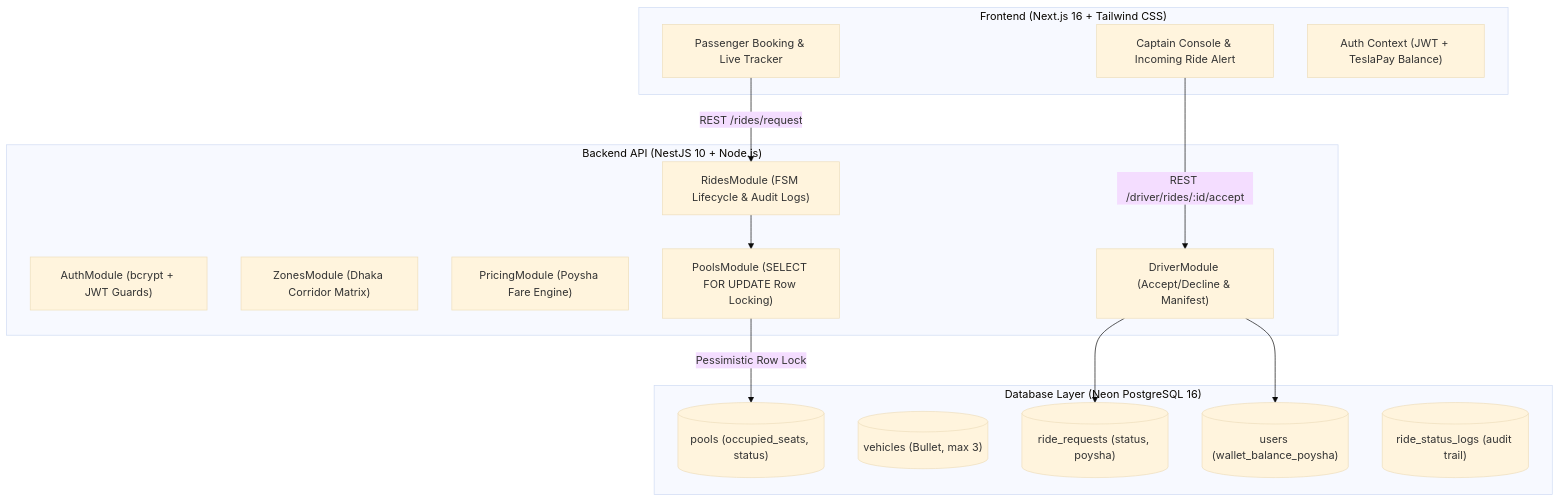
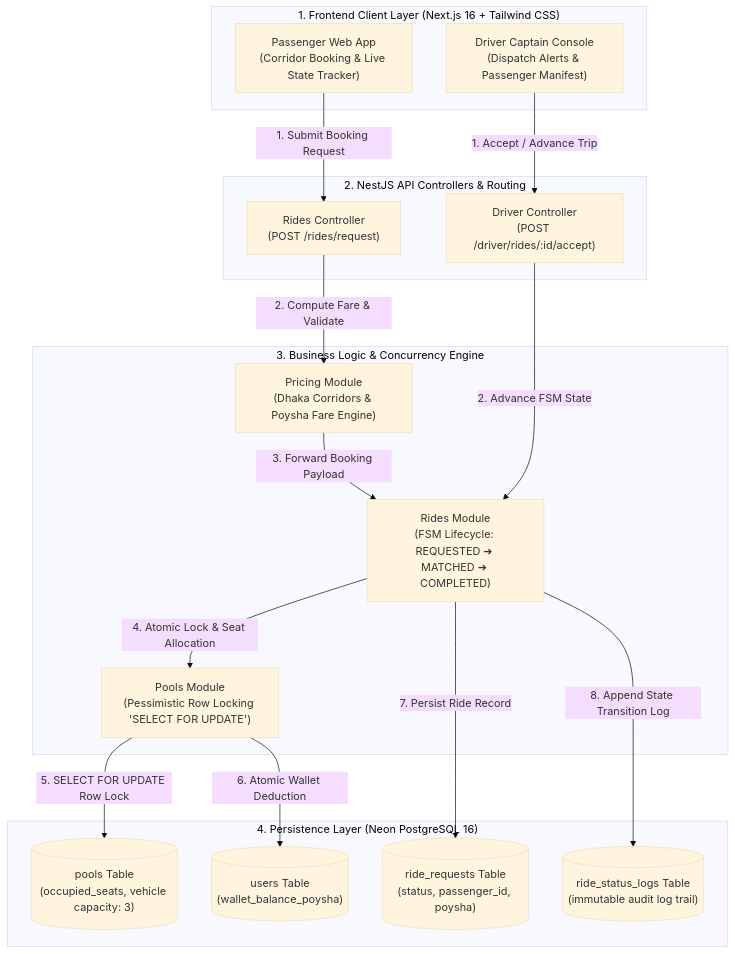
The first of 2 diagrams in README.md (ranak8811/Dhaka-Tesla-Pool-Server), drawn with Mermaid (base theme) before and after one commit. The commit also changed other lines of this file, not shown here.

Commit message:
docs(readme): link 6-minute video demonstration

````diff
--- a/README.md
+++ b/README.md
@@ -99,32 +99,40 @@
 ```mermaid
 flowchart TD
-    subgraph ClientApp ["Frontend (Next.js 16 + Tailwind CSS)"]
-        PassengerUI["Passenger Booking & Live Tracker"]
-        DriverUI["Captain Console & Incoming Ride Alert"]
-        AuthContext["Auth Context (JWT + TeslaPay Balance)"]
+    subgraph ClientApp ["1. Frontend Client Layer (Next.js 16 + Tailwind CSS)"]
+        PassengerUI["Passenger Web App<br/>(Corridor Booking & Live State Tracker)"]
+        DriverUI["Driver Captain Console<br/>(Dispatch Alerts & Passenger Manifest)"]
     end
 
-    subgraph ServerApp ["Backend API (NestJS 10 + Node.js)"]
-        AuthModule["AuthModule (bcrypt + JWT Guards)"]
-        ZonesModule["ZonesModule (Dhaka Corridor Matrix)"]
-        PricingModule["PricingModule (Poysha Fare Engine)"]
-        PoolsModule["PoolsModule (SELECT FOR UPDATE Row Locking)"]
-        RidesModule["RidesModule (FSM Lifecycle & Audit Logs)"]
-        DriverModule["DriverModule (Accept/Decline & Manifest)"]
+    subgraph ApiGateway ["2. NestJS API Controllers & Routing"]
+        RidesCtrl["Rides Controller<br/>(POST /rides/request)"]
+        DriverCtrl["Driver Controller<br/>(POST /driver/rides/:id/accept)"]
     end
 
-    subgraph DataStore ["Database Layer (Neon PostgreSQL 16)"]
-        UserTable[("users (wallet_balance_poysha)")]
-        VehicleTable[("vehicles (Bullet, max 3)")]
-        PoolTable[("pools (occupied_seats, status)")]
-        RideTable[("ride_requests (status, poysha)")]
-        AuditTable[("ride_status_logs (audit trail)")]
+    subgraph CoreServices ["3. Business Logic & Concurrency Engine"]
+        PricingSvc["Pricing Module<br/>(Dhaka Corridors & Poysha Fare Engine)"]
+        RidesSvc["Rides Module<br/>(FSM Lifecycle: REQUESTED ➔ MATCHED ➔ COMPLETED)"]
+        PoolsSvc["Pools Module<br/>(Pessimistic Row Locking 'SELECT FOR UPDATE')"]
     end
 
-    PassengerUI -->|REST /rides/request| RidesModule
-    DriverUI -->|REST /driver/rides/:id/accept| DriverModule
-    RidesModule --> PoolsModule
-    PoolsModule -->|Pessimistic Row Lock| PoolTable
-    DriverModule --> RideTable
-    DriverModule --> UserTable
+    subgraph DataStore ["4. Persistence Layer (Neon PostgreSQL 16)"]
+        PoolTable[("pools Table<br/>(occupied_seats, vehicle capacity: 3)")]
+        UserTable[("users Table<br/>(wallet_balance_poysha)")]
+        RideTable[("ride_requests Table<br/>(status, passenger_id, poysha)")]
+        AuditTable[("ride_status_logs Table<br/>(immutable audit log trail)")]
+    end
+
+    %% Vertical Cross-Layer Data Flow
+    PassengerUI -->|"1. Submit Booking Request"| RidesCtrl
+    DriverUI -->|"1. Accept / Advance Trip"| DriverCtrl
+
+    RidesCtrl -->|"2. Compute Fare & Validate"| PricingSvc
+    PricingSvc -->|"3. Forward Booking Payload"| RidesSvc
+    DriverCtrl -->|"2. Advance FSM State"| RidesSvc
+
+    RidesSvc -->|"4. Atomic Lock & Seat Allocation"| PoolsSvc
+
+    PoolsSvc -->|"5. SELECT FOR UPDATE Row Lock"| PoolTable
+    PoolsSvc -->|"6. Atomic Wallet Deduction"| UserTable
+    RidesSvc -->|"7. Persist Ride Record"| RideTable
+    RidesSvc -->|"8. Append State Transition Log"| AuditTable
 ```
````
